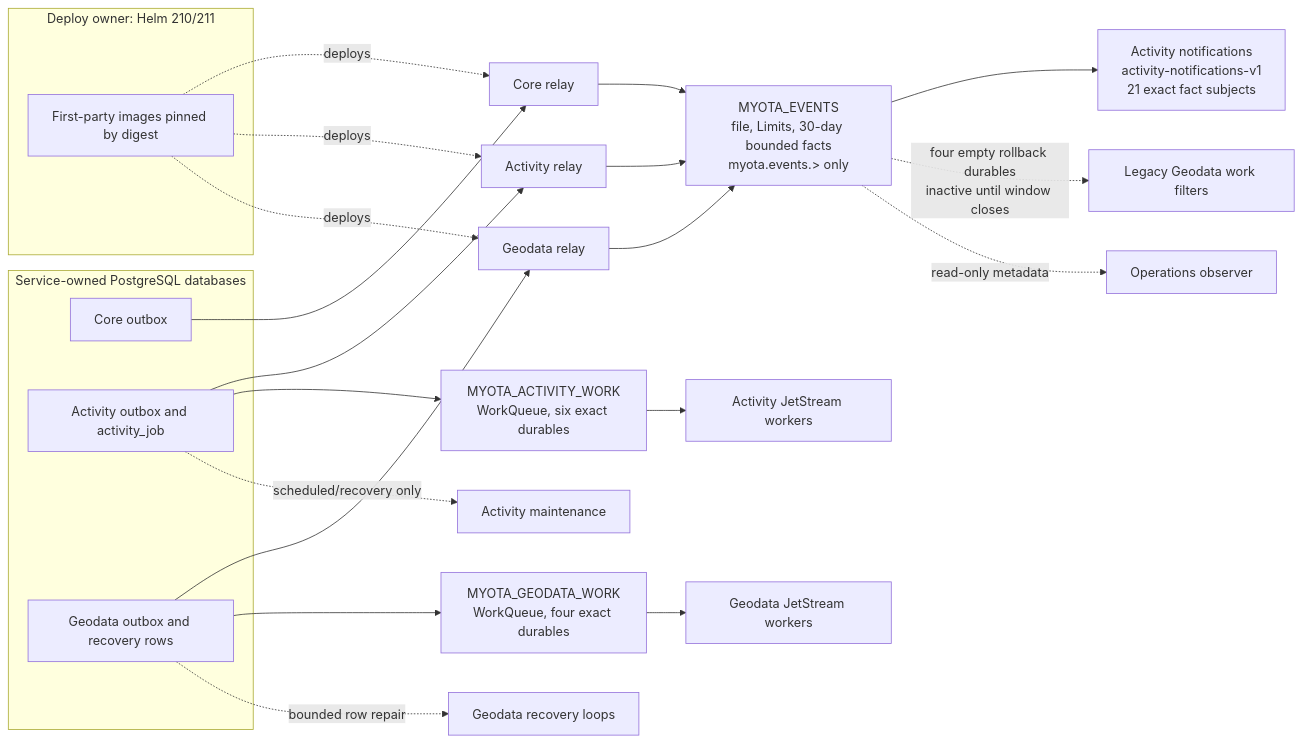
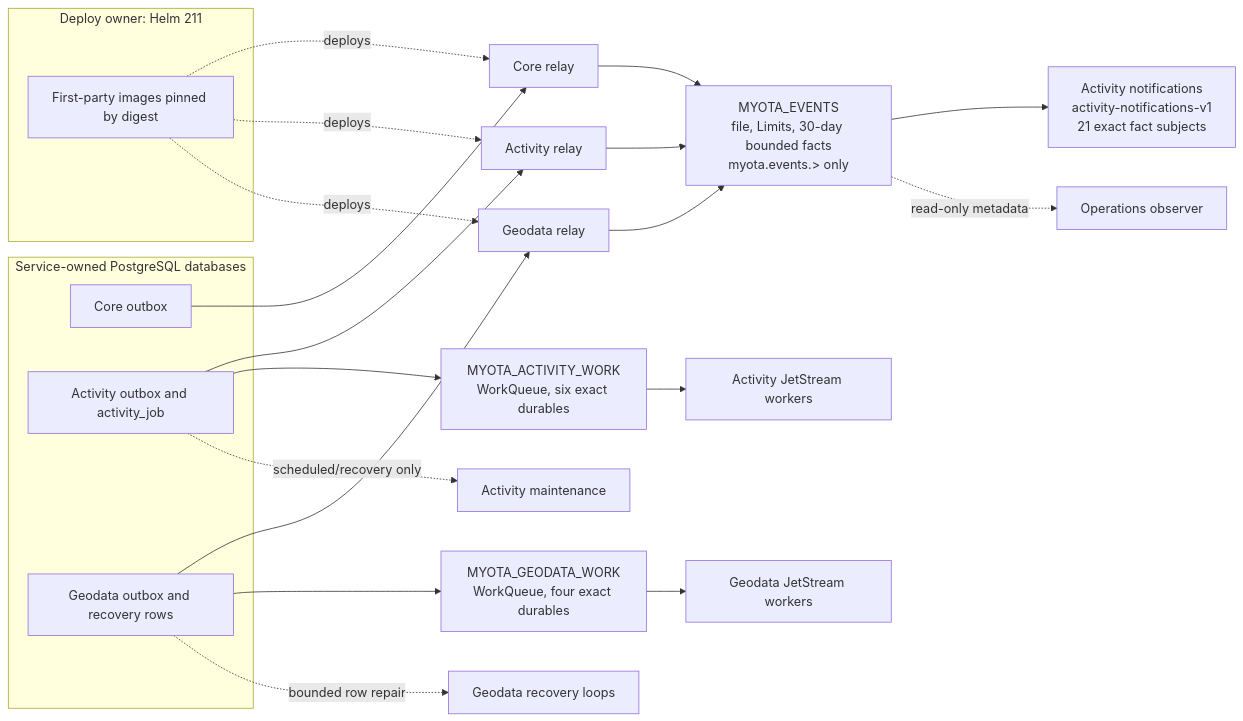
The first of 3 diagrams in docs/architecture/diagrams/nats-event-migration.md (myota-platform/myota-docs), drawn with Mermaid before and after one commit. The commit also changed other lines of this file, not shown here.

Commit message:
docs(architecture): align NATS diagram to phase 6 deployment

````diff
--- a/docs/architecture/diagrams/nats-event-migration.md
+++ b/docs/architecture/diagrams/nats-event-migration.md
@@ -19,29 +20,28 @@
 ```mermaid
 flowchart LR
   subgraph DB[Service-owned PostgreSQL databases]
     C[Core outbox]
     A[Activity outbox and activity_job]
     G[Geodata outbox and recovery rows]
   end
-  subgraph DEPLOY[Deploy owner: Helm 210/211]
+  subgraph DEPLOY[Deploy owner: Helm 211]
     IMG[First-party images pinned by digest]
   end
   C --> RC[Core relay]
   A --> RA[Activity relay]
   G --> RG[Geodata relay]
   IMG -. deploys .-> RC
   IMG -. deploys .-> RA
   IMG -. deploys .-> RG
   RC --> E[MYOTA_EVENTS<br/>file, Limits, 30-day bounded facts<br/>myota.events.&gt; only]
   RA --> E
   RG --> E
   E --> N[Activity notifications<br/>activity-notifications-v1<br/>21 exact fact subjects]
-  E -. four empty rollback durables<br/>inactive until window closes .-> L[Legacy Geodata work filters]
   A --> AS[MYOTA_ACTIVITY_WORK<br/>WorkQueue, six exact durables]
   G --> GS[MYOTA_GEODATA_WORK<br/>WorkQueue, four exact durables]
   AS --> AW[Activity JetStream workers]
   GS --> GW[Geodata JetStream workers]
   A -. scheduled/recovery only .-> AR[Activity maintenance]
   G -. bounded row repair .-> GR[Geodata recovery loops]
   E -. read-only metadata .-> O[Operations observer]
 ```
````
